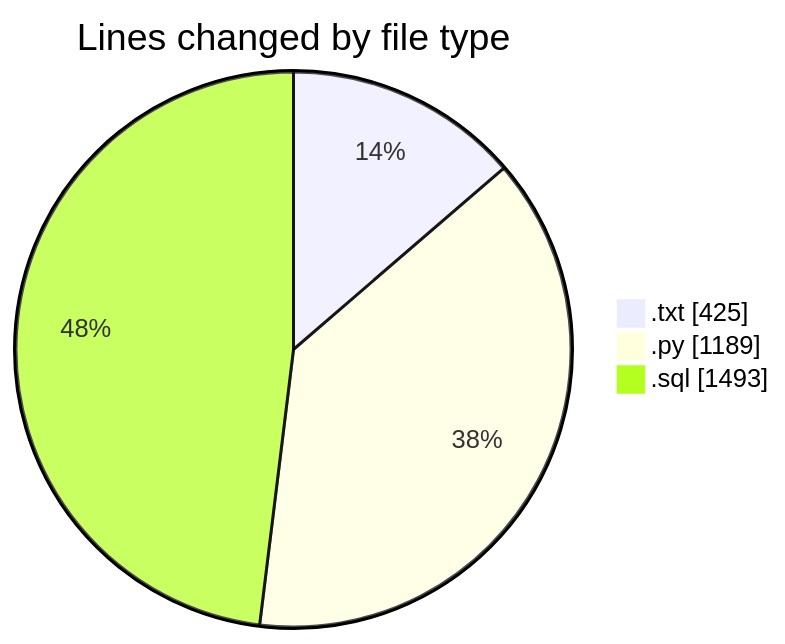
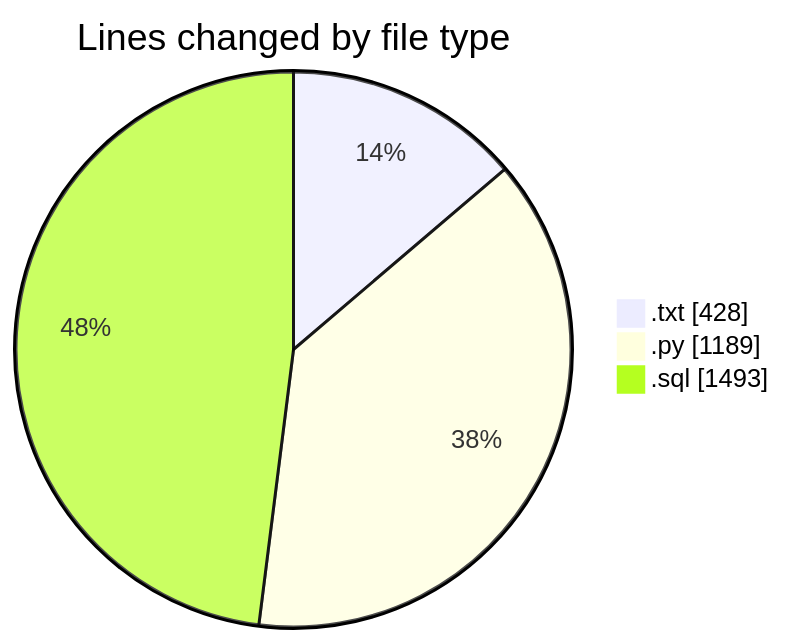
Before and after one commit to lephambinh05/code-tracking: the first of 2 diagrams in 2025-09-16/datanv/README.md, drawn with Mermaid. The commit also changed other lines of this file and 1 other file, not shown here.

````diff
--- a/2025-09-16/datanv/README.md
+++ b/2025-09-16/datanv/README.md
@@ -35,7 +35,7 @@
 ```mermaid
 pie showData
 title Lines changed by file type
-".txt" : 425
+".txt" : 428
 ".py" : 1189
 ".sql" : 1493
 ```
````
